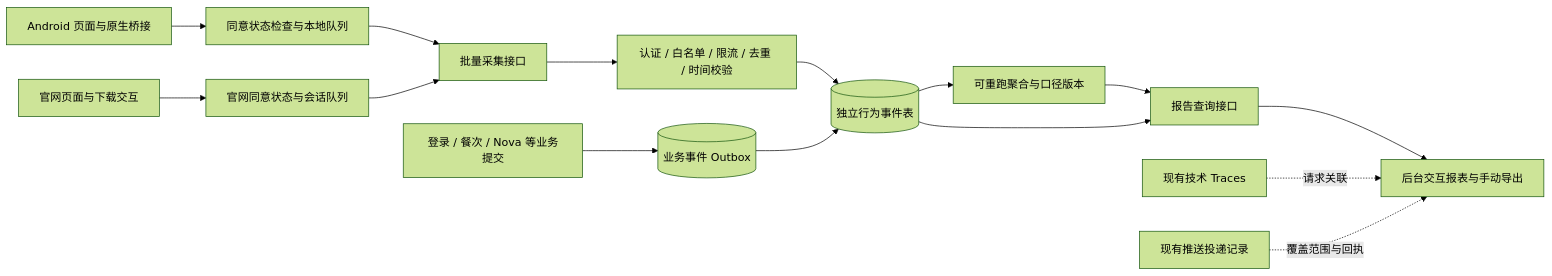
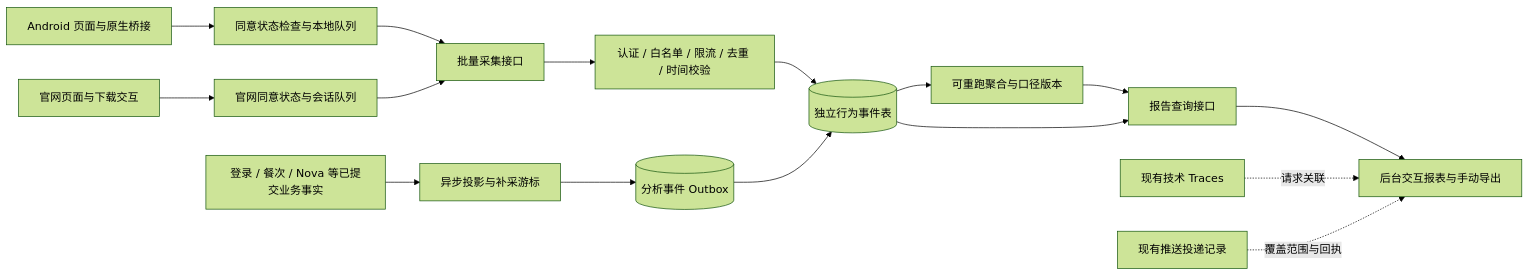
The diagram in docs/superpowers/specs/2026-10-20-product-analytics-design.md (junqi21263/Nordic-Nutri-AI), drawn with Mermaid (forest theme) before and after one commit. The commit also changed other lines of this file, not shown here.

````diff
--- a/docs/superpowers/specs/2026-10-20-product-analytics-design.md
+++ b/docs/superpowers/specs/2026-10-20-product-analytics-design.md
@@ -58,17 +60,18 @@
 ```mermaid
 flowchart LR
   A[Android 页面与原生桥接] --> Q[同意状态检查与本地队列]
   W[官网页面与下载交互] --> V[官网同意状态与会话队列]
   Q --> I[批量采集接口]
   V --> I
   I --> C[认证 / 白名单 / 限流 / 去重 / 时间校验]
   C --> E[(独立行为事件表)]
-  B[登录 / 餐次 / Nova 等业务提交] --> O[(业务事件 Outbox)]
+  B[登录 / 餐次 / Nova 等已提交业务事实] --> J[异步投影与补采游标]
+  J --> O[(分析事件 Outbox)]
   O --> E
   E --> G[可重跑聚合与口径版本]
   G --> R[报告查询接口]
   E --> R
   R --> D[后台交互报表与手动导出]
   T[现有技术 Traces] -. 请求关联 .-> D
   P[现有推送投递记录] -. 覆盖范围与回执 .-> D
 ```
````
